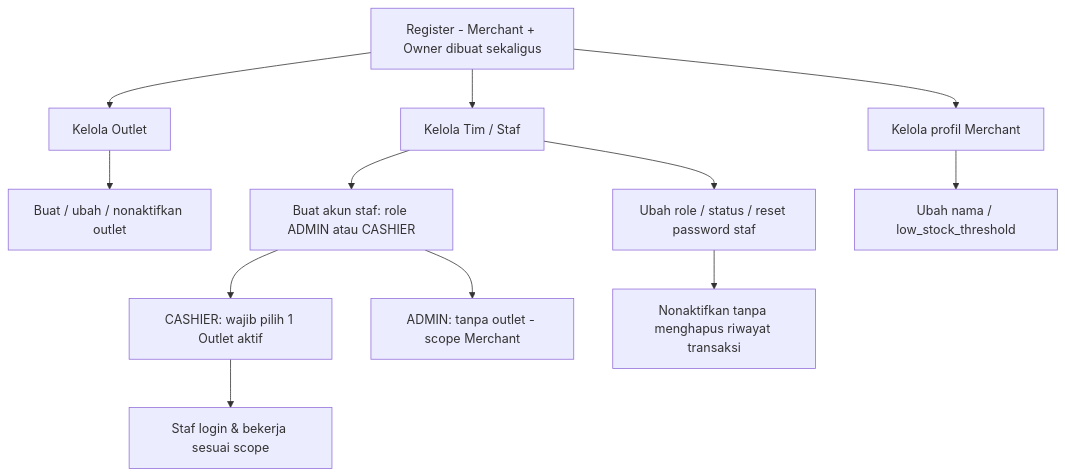
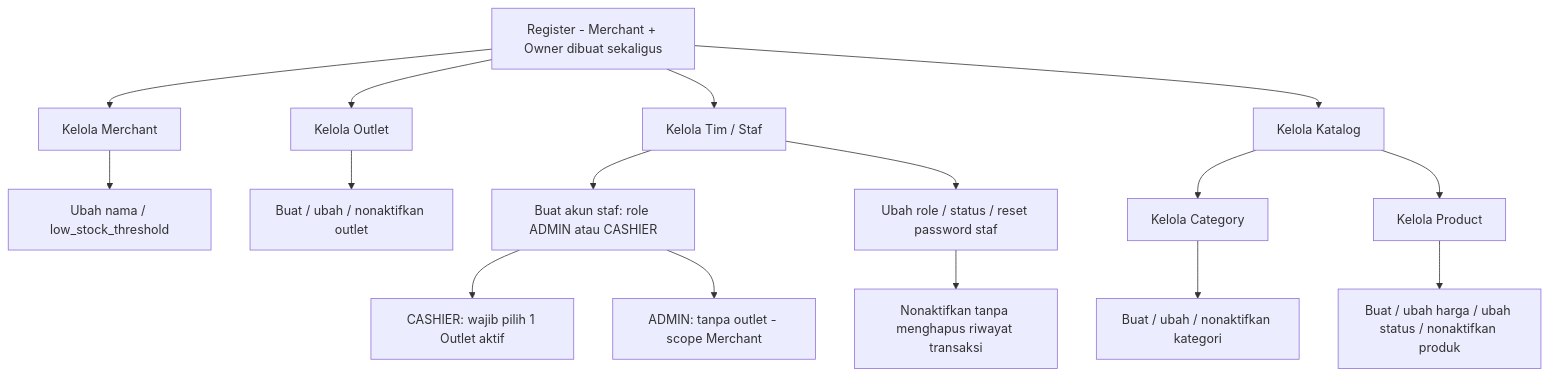
One commit to TeamOneee/pos-project-be changed the fourth of 6 diagrams in docs/user-flow.md. Above: the diagram before and after it, drawn with Mermaid. The commit also changed other lines of this file and 9 other files, not shown here.

````diff
--- a/docs/user-flow.md
+++ b/docs/user-flow.md
@@ -109,16 +174,22 @@
 ```mermaid
 flowchart TD
-    A[Register - Merchant + Owner dibuat sekaligus] --> B[Kelola Outlet]
-    A --> C[Kelola Tim / Staf]
-    A --> D[Kelola profil Merchant]
+    A[Register - Merchant + Owner dibuat sekaligus] --> B[Kelola Merchant]
+    A --> C[Kelola Outlet]
+    A --> D[Kelola Tim / Staf]
+    A --> E[Kelola Katalog]
 
-    B --> B1[Buat / ubah / nonaktifkan outlet]
-    C --> C1[Buat akun staf: role ADMIN atau CASHIER]
-    C1 --> C2[CASHIER: wajib pilih 1 Outlet aktif]
-    C1 --> C3[ADMIN: tanpa outlet - scope Merchant]
-    C --> C4[Ubah role / status / reset password staf]
-    C4 --> C5[Nonaktifkan tanpa menghapus riwayat transaksi]
-    D --> D1[Ubah nama / low_stock_threshold]
+    B --> B1[Ubah nama / low_stock_threshold]
 
-    C2 --> C6[Staf login & bekerja sesuai scope]
+    C --> C1[Buat / ubah / nonaktifkan outlet]
+
+    D --> D1[Buat akun staf: role ADMIN atau CASHIER]
+    D1 --> D2[CASHIER: wajib pilih 1 Outlet aktif]
+    D1 --> D3[ADMIN: tanpa outlet - scope Merchant]
+    D --> D4[Ubah role / status / reset password staf]
+    D4 --> D5[Nonaktifkan tanpa menghapus riwayat transaksi]
+
+    E --> E1[Kelola Category]
+    E --> E2[Kelola Product]
+    E1 --> E3[Buat / ubah / nonaktifkan kategori]
+    E2 --> E4[Buat / ubah harga / ubah status / nonaktifkan produk]
 ```
````
